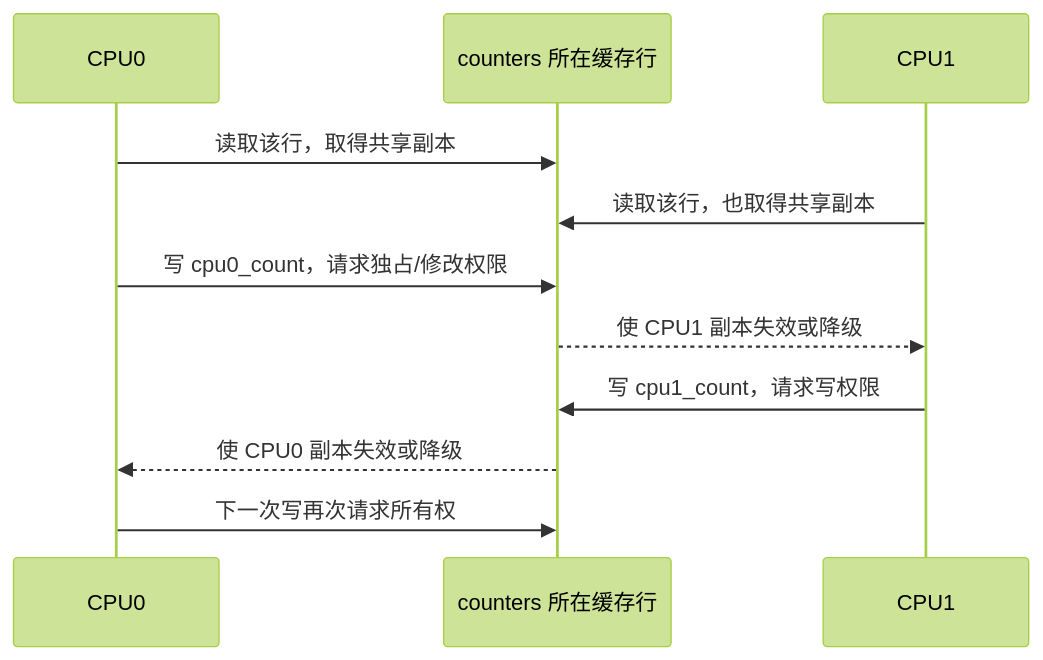
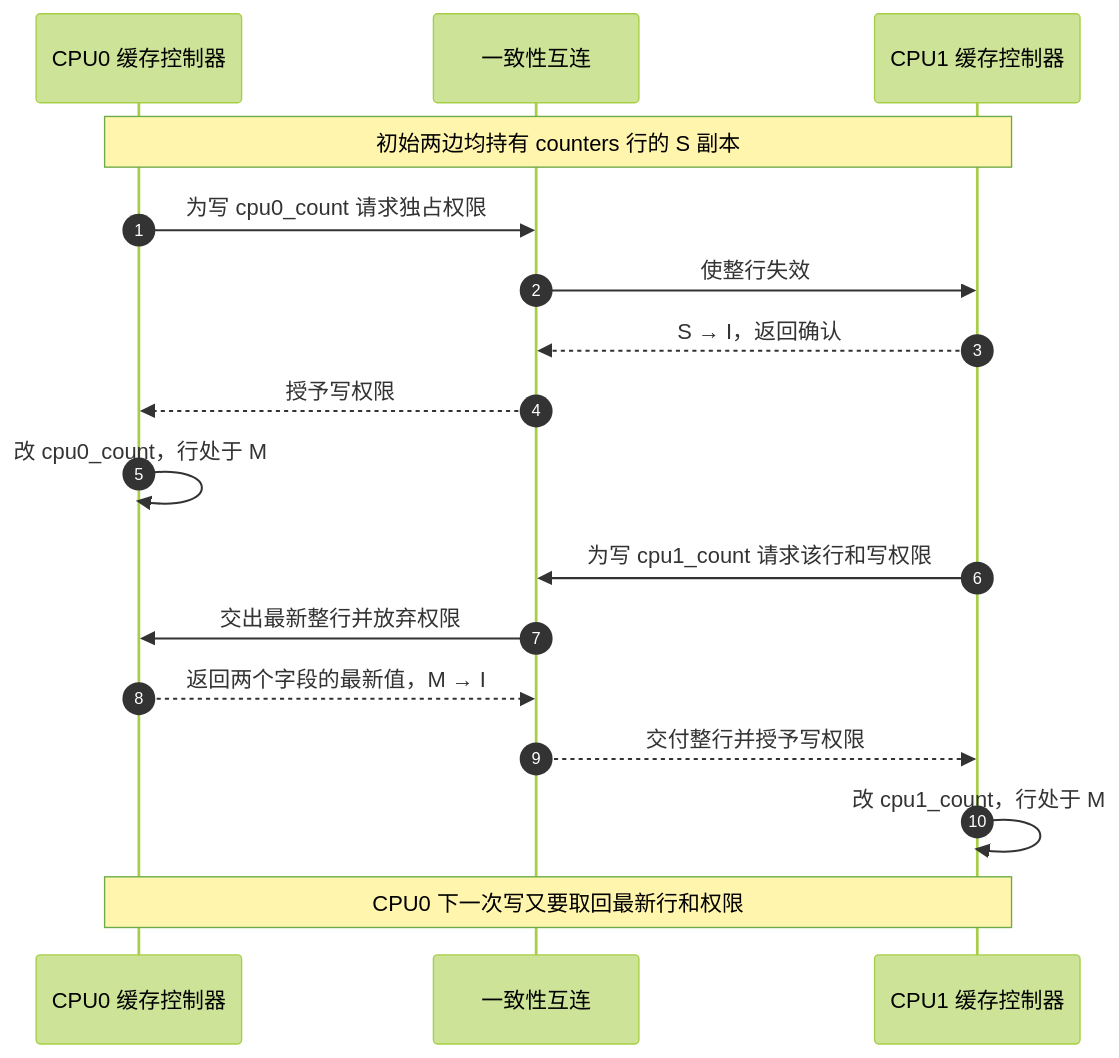
Before and after one commit to FormingSystem/linux_note: the diagram in knowledge/foundations/computer_architecture/cache_coherence/P03_缓存行所有权竞争与伪共享.md, drawn with Mermaid (forest theme). The commit also changed other lines of this file and 10 other files, not shown here.

First line of the commit message:
content(architecture/cache): 重建缓存一致性事务与硬件职责的因果讲解

````diff
--- a/knowledge/foundations/computer_architecture/cache_coherence/P03_缓存行所有权竞争与伪共享.md
+++ b/knowledge/foundations/computer_architecture/cache_coherence/P03_缓存行所有权竞争与伪共享.md
@@ -46,13 +50,19 @@
 ```mermaid
 sequenceDiagram
-    participant C0 as CPU0
-    participant L as counters 所在缓存行
-    participant C1 as CPU1
-    C0->>L: 读取该行，取得共享副本
-    C1->>L: 读取该行，也取得共享副本
-    C0->>L: 写 cpu0_count，请求独占/修改权限
-    L-->>C1: 使 CPU1 副本失效或降级
-    C1->>L: 写 cpu1_count，请求写权限
-    L-->>C0: 使 CPU0 副本失效或降级
-    C0->>L: 下一次写再次请求所有权
+    autonumber
+    participant C0 as CPU0 缓存控制器
+    participant L as 一致性互连
+    participant C1 as CPU1 缓存控制器
+    Note over C0,C1: 初始两边均持有 counters 行的 S 副本
+    C0->>L: 为写 cpu0_count 请求独占权限
+    L->>C1: 使整行失效
+    C1-->>L: S → I，返回确认
+    L-->>C0: 授予写权限
+    C0->>C0: 改 cpu0_count，行处于 M
+    C1->>L: 为写 cpu1_count 请求该行和写权限
+    L->>C0: 交出最新整行并放弃权限
+    C0-->>L: 返回两个字段的最新值，M → I
+    L-->>C1: 交付整行并授予写权限
+    C1->>C1: 改 cpu1_count，行处于 M
+    Note over C0,C1: CPU0 下一次写又要取回最新行和权限
 ```
````
